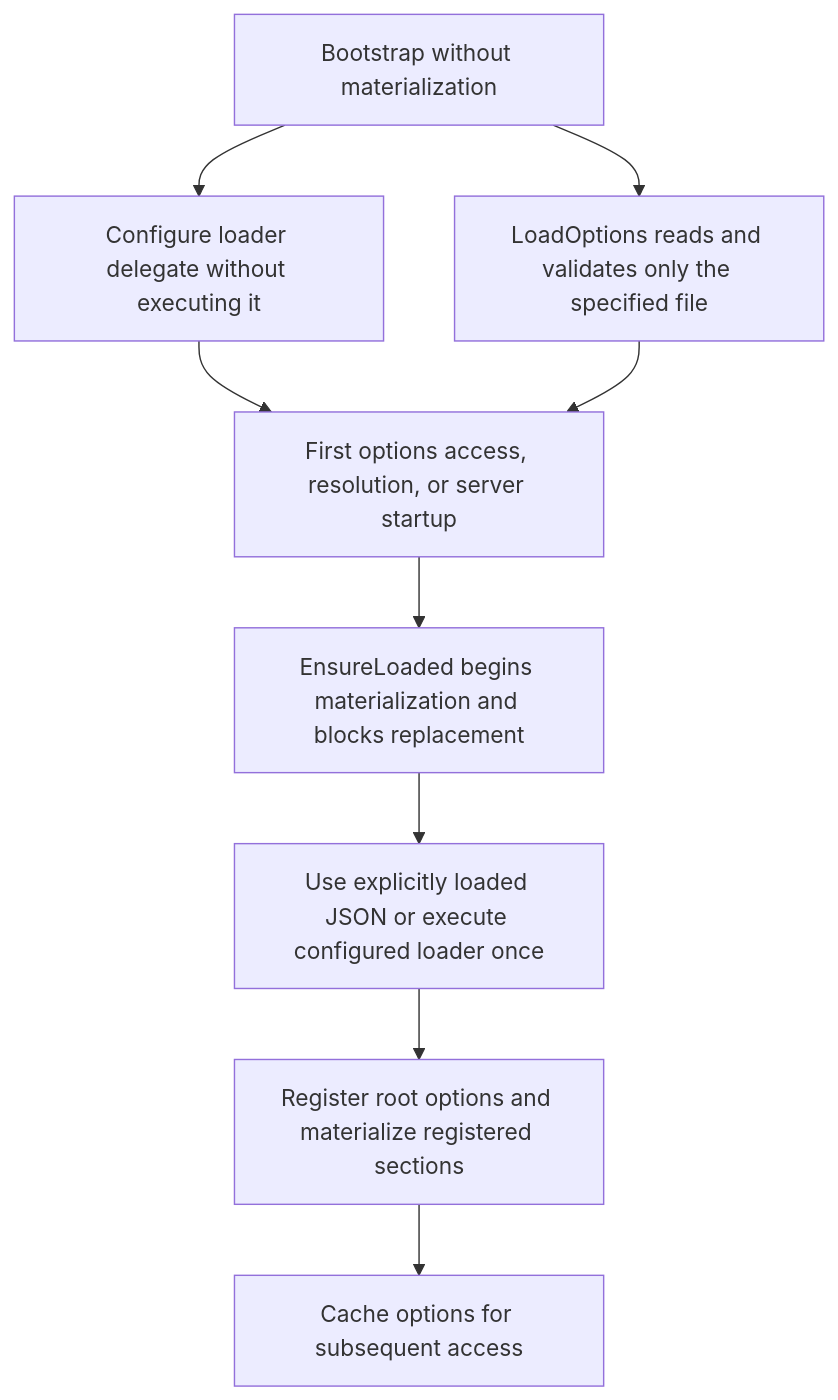
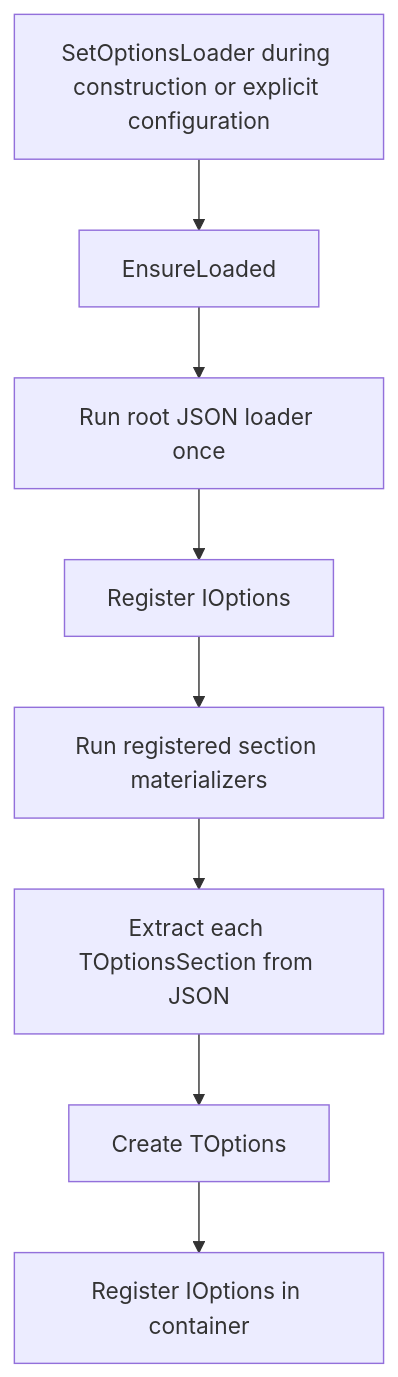
Before and after one commit to Semahr/Mir-Framework: the diagram in Docs/03-options-and-configuration.md, drawn with Mermaid. The commit also changed other lines of this file and 13 other files, not shown here.

````diff
--- a/Docs/03-options-and-configuration.md
+++ b/Docs/03-options-and-configuration.md
@@ -292,11 +258,10 @@
 ```mermaid
 flowchart TD
-    A[Bootstrap without materialization] --> B[Configure loader delegate without executing it]
-    A --> C[LoadOptions reads and validates only the specified file]
-    B --> D[First options access, resolution, or server startup]
-    C --> D
-    D --> E[EnsureLoaded begins materialization and blocks replacement]
-    E --> F[Use explicitly loaded JSON or execute configured loader once]
-    F --> G[Register root options and materialize registered sections]
-    G --> H[Cache options for subsequent access]
+    A[SetOptionsLoader during construction or explicit configuration] --> B[EnsureLoaded]
+    B --> C[Run root JSON loader once]
+    C --> D[Register IOptions<TJSONObject>]
+    D --> E[Run registered section materializers]
+    E --> F[Extract each TOptionsSection from JSON]
+    F --> G[Create TOptions<TSection>]
+    G --> H[Register IOptions<TSection> in container]
 ```
````
